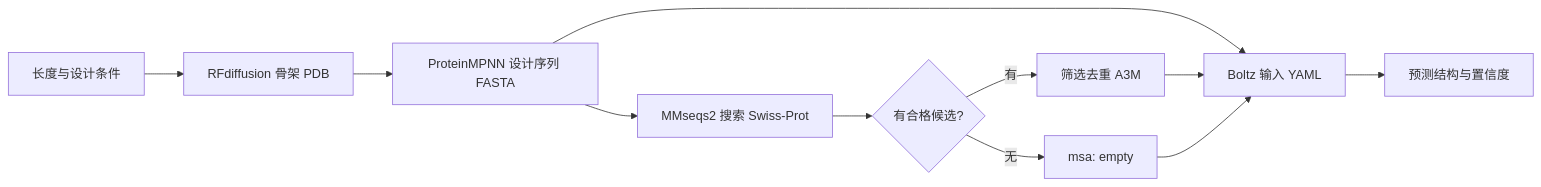
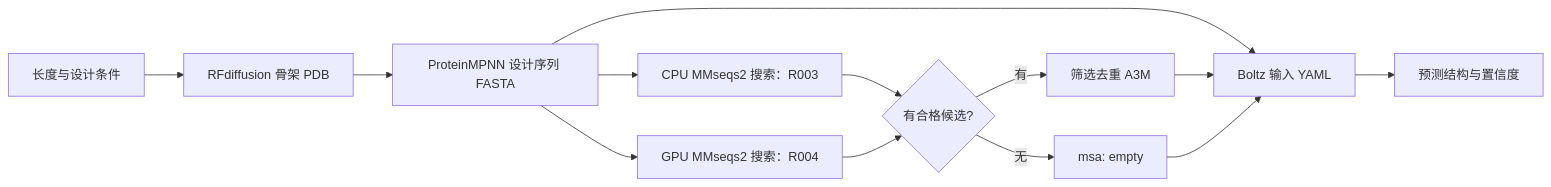
One commit to QUHONGYE-gif/ai4s-workspace changed the diagram in docs/protein_pipeline.md. Above: the diagram before and after it, drawn with Mermaid. The commit also changed other lines of this file and 3 other files, not shown here.

Commit message:
docs: consolidate CPU and GPU experiment collaboration guides

````diff
--- a/docs/protein_pipeline.md
+++ b/docs/protein_pipeline.md
@@ -38,13 +55,15 @@
 ```mermaid
 flowchart LR
     A[长度与设计条件] --> B[RFdiffusion 骨架 PDB]
     B --> C[ProteinMPNN 设计序列 FASTA]
-    C --> D[MMseqs2 搜索 Swiss-Prot]
-    D --> E{有合格候选?}
+    C --> D1[CPU MMseqs2 搜索：R003]
+    C --> D2[GPU MMseqs2 搜索：R004]
+    D1 --> E{有合格候选?}
+    D2 --> E
     E -->|有| F[筛选去重 A3M]
     E -->|无| G[msa: empty]
     C --> H[Boltz 输入 YAML]
     F --> H
     G --> H
     H --> I[预测结构与置信度]
 ```
````
